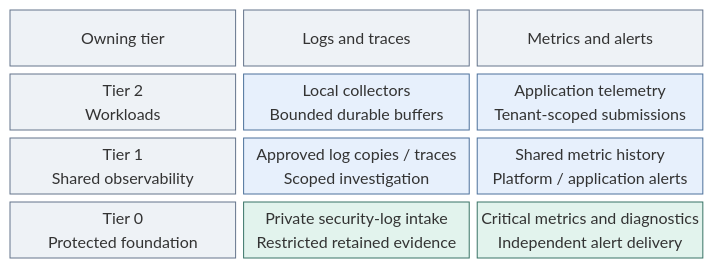
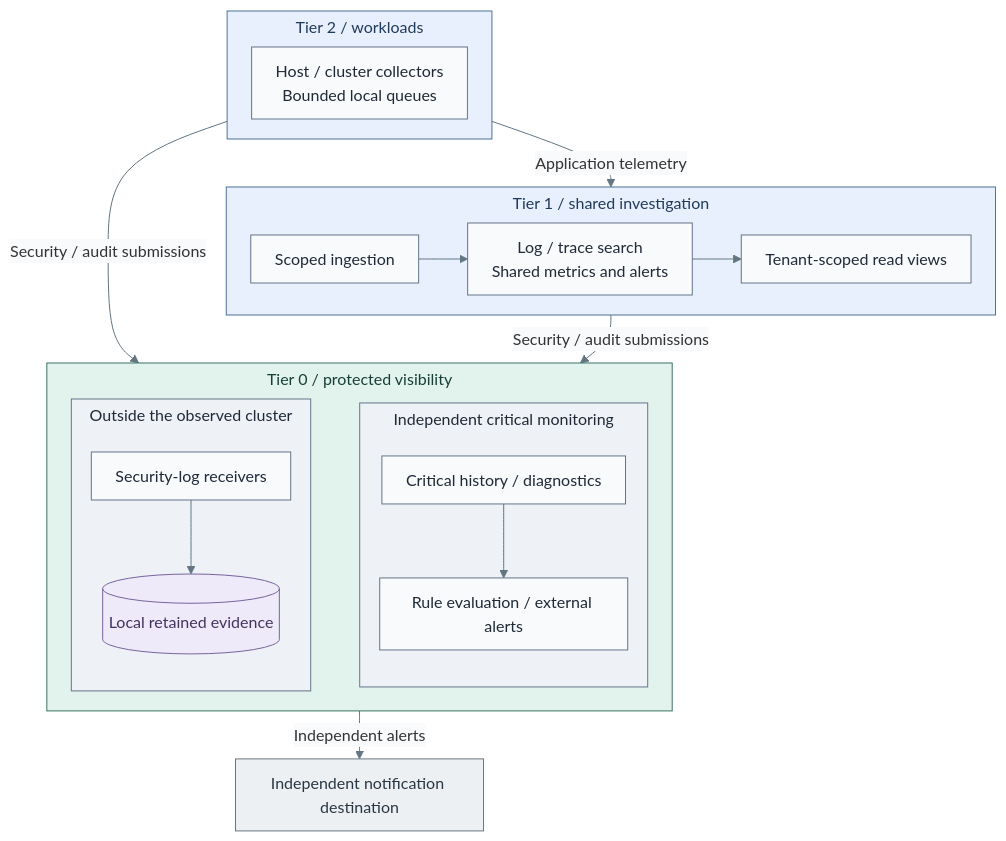
The diagram in docs/architecture/operations/telemetry.md (Rexus/homelab), drawn with Mermaid before and after one commit. The commit also changed other lines of this file and 22 other files, not shown here.

Commit message:
docs(diagrams): clarify tier boundaries and deployment layouts

````diff
--- a/docs/architecture/operations/telemetry.md
+++ b/docs/architecture/operations/telemetry.md
@@ -19,21 +19,44 @@
 ```mermaid
-block-beta
-  columns 3
-  Owner["Owning tier"] LogPath["Logs and traces"] MetricPath["Metrics and alerts"]
-  T2["Tier 2<br/>Workloads"]
-  Collectors["Local collectors<br/>Bounded durable buffers"]
-  AppScope["Application telemetry<br/>Tenant-scoped submissions"]
-  T1["Tier 1<br/>Shared observability"]
-  Analytics["Approved log copies / traces<br/>Scoped investigation"]
-  Platform["Shared metric history<br/>Platform / application alerts"]
-  T0["Tier 0<br/>Protected foundation"]
-  Evidence["Private security-log intake<br/>Restricted retained evidence"]
-  Critical["Critical metrics and diagnostics<br/>Independent alert delivery"]
+%%{init: {"theme":"base","flowchart":{"nodeSpacing":20,"rankSpacing":24,"padding":12,"subGraphTitleMargin":{"top":4,"bottom":12}},"themeVariables":{"lineColor":"#627581","edgeLabelBackground":"#f8fafc"}}}%%
+flowchart TB
+  subgraph T2["Tier 2 / workloads"]
+    Agents["Host / cluster collectors<br/>Bounded local queues"]
+  end
+  subgraph T1["Tier 1 / shared investigation"]
+    direction LR
+    Ingest["Scoped ingestion"]
+    Analytics["Log / trace search<br/>Shared metrics and alerts"]
+    Views["Tenant-scoped read views"]
+    Ingest --> Analytics --> Views
+  end
+  subgraph T0["Tier 0 / protected visibility"]
+    direction LR
+    subgraph Intake["Outside the observed cluster"]
+      Receiver["Security-log receivers"]
+      Evidence[("Local retained evidence")]
+      Receiver --> Evidence
+    end
+    subgraph Monitoring["Independent critical monitoring"]
+      Critical["Critical history / diagnostics"]
+      Alerts["Rule evaluation / external alerts"]
+      Critical --> Alerts
+    end
+    Intake ~~~ Monitoring
+  end
+  T2 -->|Application telemetry| T1
+  T2 -->|Security / audit submissions| T0
+  T1 -->|Security / audit submissions| T0
+  Notify["Independent notification destination"]
+  T0 -->|Independent alerts| Notify
   classDef default fill:#f8fafc,stroke:#64748b,color:#1f2937
-  classDef boundary fill:#eef2f6,stroke:#64748b,color:#1f2937
   classDef services fill:#e7f0fc,stroke:#4d719b,color:#203a5b
   classDef control fill:#e2f3ed,stroke:#397366,color:#173f36
-  class Owner,LogPath,MetricPath,T2,T1,T0 boundary
-  class Collectors,AppScope,Analytics,Platform services
-  class Evidence,Critical control
+  classDef boundary fill:#eef2f6,stroke:#64748b,color:#1f2937
+  classDef data fill:#eeeafa,stroke:#78639b,color:#42325d
+  classDef actor fill:#edf0f3,stroke:#697682,color:#293642
+  class T2,T1 services
+  class T0 control
+  class Intake,Monitoring boundary
+  class Evidence data
+  class Notify actor
 ```
````
